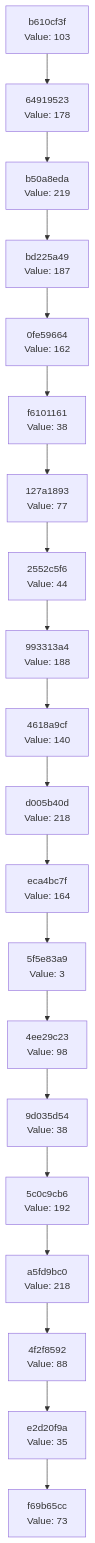
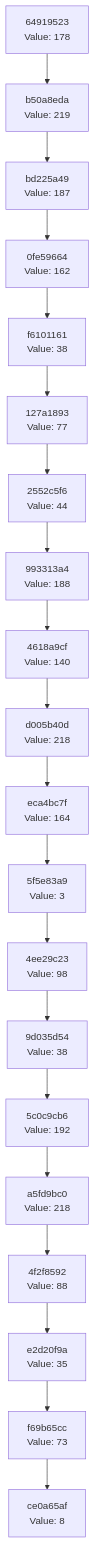
Before and after one commit to Abhisheksinha1506/hash-chain-evolver: the diagram in docs/CHAIN_VISUALIZATION.md, drawn with Mermaid. The commit also changed 3 other files, not shown here.

````diff
--- a/docs/CHAIN_VISUALIZATION.md
+++ b/docs/CHAIN_VISUALIZATION.md
@@ -3,42 +3,42 @@
 ```mermaid
 graph TD
-    C0["f69b65cc<br/>Value: 73"]
-    C1["e2d20f9a<br/>Value: 35"]
+    C0["ce0a65af<br/>Value: 8"]
+    C1["f69b65cc<br/>Value: 73"]
     C1 --> C0
-    C2["4f2f8592<br/>Value: 88"]
+    C2["e2d20f9a<br/>Value: 35"]
     C2 --> C1
-    C3["a5fd9bc0<br/>Value: 218"]
+    C3["4f2f8592<br/>Value: 88"]
     C3 --> C2
-    C4["5c0c9cb6<br/>Value: 192"]
+    C4["a5fd9bc0<br/>Value: 218"]
     C4 --> C3
-    C5["9d035d54<br/>Value: 38"]
+    C5["5c0c9cb6<br/>Value: 192"]
     C5 --> C4
-    C6["4ee29c23<br/>Value: 98"]
+    C6["9d035d54<br/>Value: 38"]
     C6 --> C5
-    C7["5f5e83a9<br/>Value: 3"]
+    C7["4ee29c23<br/>Value: 98"]
     C7 --> C6
-    C8["eca4bc7f<br/>Value: 164"]
+    C8["5f5e83a9<br/>Value: 3"]
     C8 --> C7
-    C9["d005b40d<br/>Value: 218"]
+    C9["eca4bc7f<br/>Value: 164"]
     C9 --> C8
-    C10["4618a9cf<br/>Value: 140"]
+    C10["d005b40d<br/>Value: 218"]
     C10 --> C9
-    C11["993313a4<br/>Value: 188"]
+    C11["4618a9cf<br/>Value: 140"]
     C11 --> C10
-    C12["2552c5f6<br/>Value: 44"]
+    C12["993313a4<br/>Value: 188"]
     C12 --> C11
-    C13["127a1893<br/>Value: 77"]
+    C13["2552c5f6<br/>Value: 44"]
     C13 --> C12
-    C14["f6101161<br/>Value: 38"]
+    C14["127a1893<br/>Value: 77"]
     C14 --> C13
-    C15["0fe59664<br/>Value: 162"]
+    C15["f6101161<br/>Value: 38"]
     C15 --> C14
-    C16["bd225a49<br/>Value: 187"]
+    C16["0fe59664<br/>Value: 162"]
     C16 --> C15
-    C17["b50a8eda<br/>Value: 219"]
+    C17["bd225a49<br/>Value: 187"]
     C17 --> C16
-    C18["64919523<br/>Value: 178"]
+    C18["b50a8eda<br/>Value: 219"]
     C18 --> C17
-    C19["b610cf3f<br/>Value: 103"]
+    C19["64919523<br/>Value: 178"]
     C19 --> C18
 ```
````
